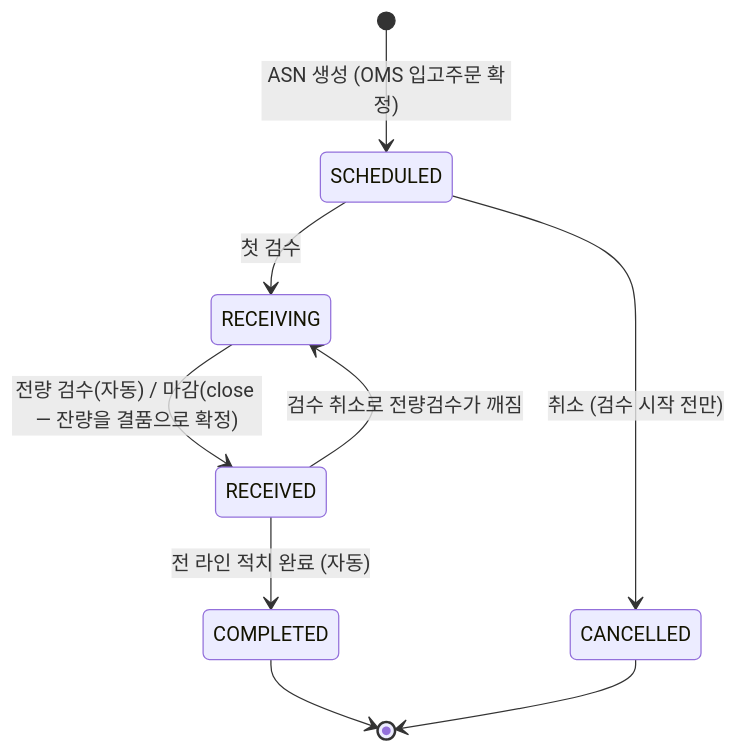
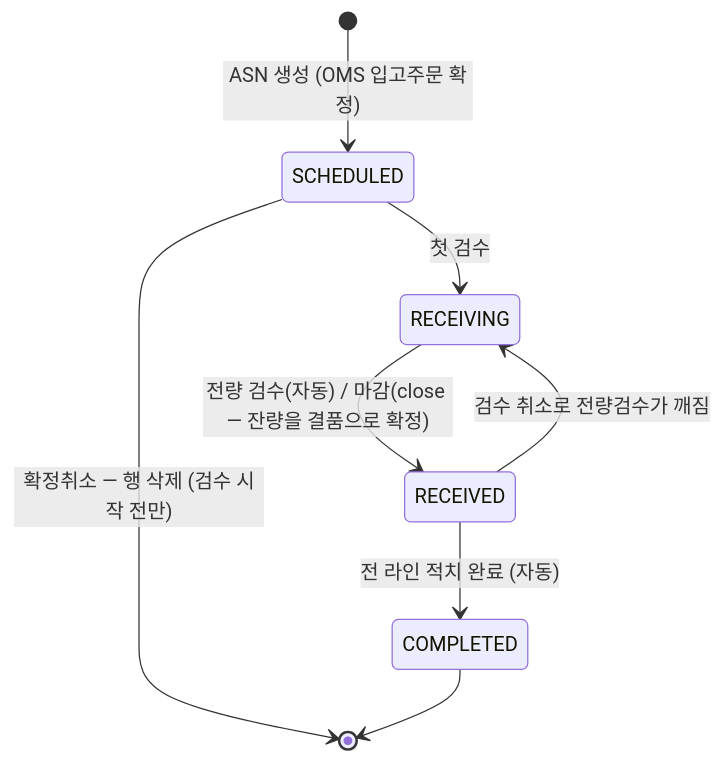
Before and after one commit to jhogunhee/logistics-back: the second of 4 diagrams in docs/design.md, drawn with Mermaid. The commit also changed other lines of this file and 7 other files, not shown here.

````diff
--- a/docs/design.md
+++ b/docs/design.md
@@ -97,11 +97,10 @@
 ```mermaid
 stateDiagram-v2
     [*] --> SCHEDULED : ASN 생성 (OMS 입고주문 확정)
     SCHEDULED --> RECEIVING : 첫 검수
-    SCHEDULED --> CANCELLED : 취소 (검수 시작 전만)
+    SCHEDULED --> [*] : 확정취소 — 행 삭제 (검수 시작 전만)
     RECEIVING --> RECEIVED : 전량 검수(자동) / 마감(close — 잔량을 결품으로 확정)
     RECEIVED --> RECEIVING : 검수 취소로 전량검수가 깨짐
     RECEIVED --> COMPLETED : 전 라인 적치 완료 (자동)
     COMPLETED --> [*]
-    CANCELLED --> [*]
 ```
````
